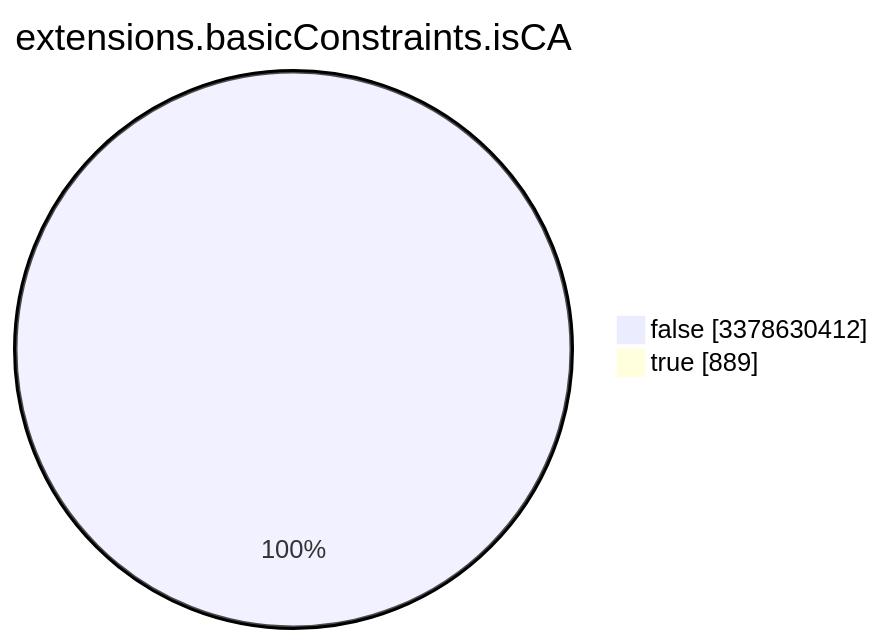
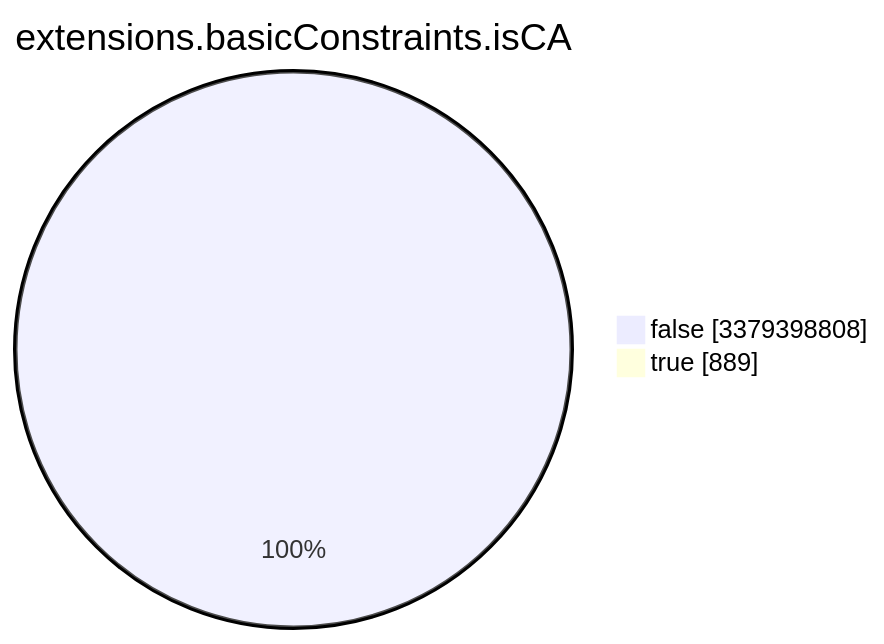
One commit to christiankrug/ctmonitor_visualization changed the seventh of 15 diagrams in TOTAL/README.md. Above: the diagram before and after it, drawn with Mermaid. The commit also changed other lines of this file, not shown here.

````diff
--- a/TOTAL/README.md
+++ b/TOTAL/README.md
@@ -3090,6 +3090,6 @@
 ```mermaid
 pie showData
 title extensions.basicConstraints.isCA
-"false" :3378630412
+"false" :3379398808
 "true" :889
 ```
````
